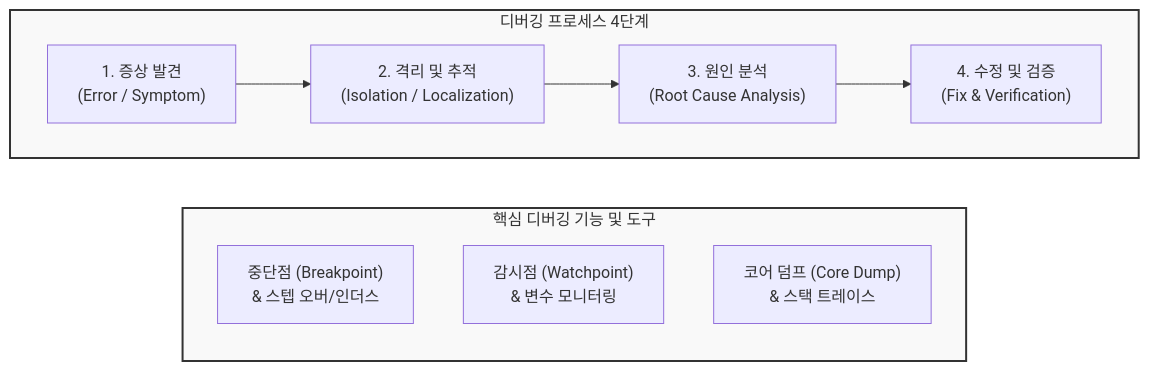
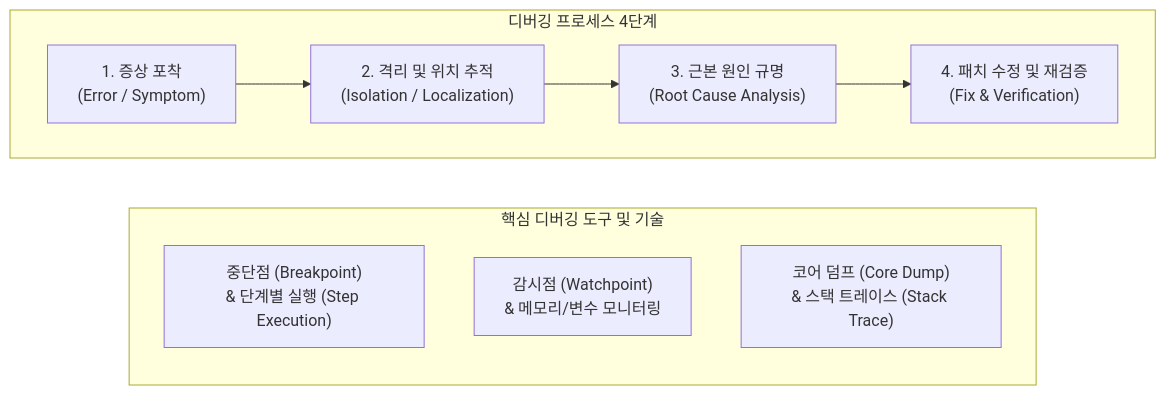
One commit to supremethumb/supremethumb.github.io changed the diagram in content/01_IT Tech/Debugging.md. Above: the diagram before and after it, drawn with Mermaid. The commit also changed other lines of this file and 362 other files, not shown here.

````diff
--- a/content/01_IT Tech/Debugging.md
+++ b/content/01_IT Tech/Debugging.md
@@ -27,22 +31,18 @@
 ```mermaid
 flowchart TD
     subgraph Debugging_Process ["디버깅 프로세스 4단계"]
         direction LR
-        S1["1. 증상 발견<br/>(Error / Symptom)"] --> S2["2. 격리 및 추적<br/>(Isolation / Localization)"]
-        S2 --> S3["3. 원인 분석<br/>(Root Cause Analysis)"]
-        S3 --> S4["4. 수정 및 검증<br/>(Fix & Verification)"]
+        S1["1. 증상 포착<br/>(Error / Symptom)"] --> S2["2. 격리 및 위치 추적<br/>(Isolation / Localization)"]
+        S2 --> S3["3. 근본 원인 규명<br/>(Root Cause Analysis)"]
+        S3 --> S4["4. 패치 수정 및 재검증<br/>(Fix & Verification)"]
     end
 
-    subgraph Debugging_Tools ["핵심 디버깅 기능 및 도구"]
+    subgraph Debugging_Tools ["핵심 디버깅 도구 및 기술"]
         direction TB
-        BP["중단점 (Breakpoint)<br/>& 스텝 오버/인더스"]
-        WP["감시점 (Watchpoint)<br/>& 변수 모니터링"]
-        Dump["코어 덤프 (Core Dump)<br/>& 스택 트레이스"]
+        BP["중단점 (Breakpoint)<br/>& 단계별 실행 (Step Execution)"]
+        WP["감시점 (Watchpoint)<br/>& 메모리/변수 모니터링"]
+        Dump["코어 덤프 (Core Dump)<br/>& 스택 트레이스 (Stack Trace)"]
     end
 
     Debugging_Process ~~~ Debugging_Tools
-    
-    classDef major fill:#f9f9f9,stroke:#333,stroke-width:2px;
-    class Debugging_Process,Debugging_Tools major;
-
 ```
````
